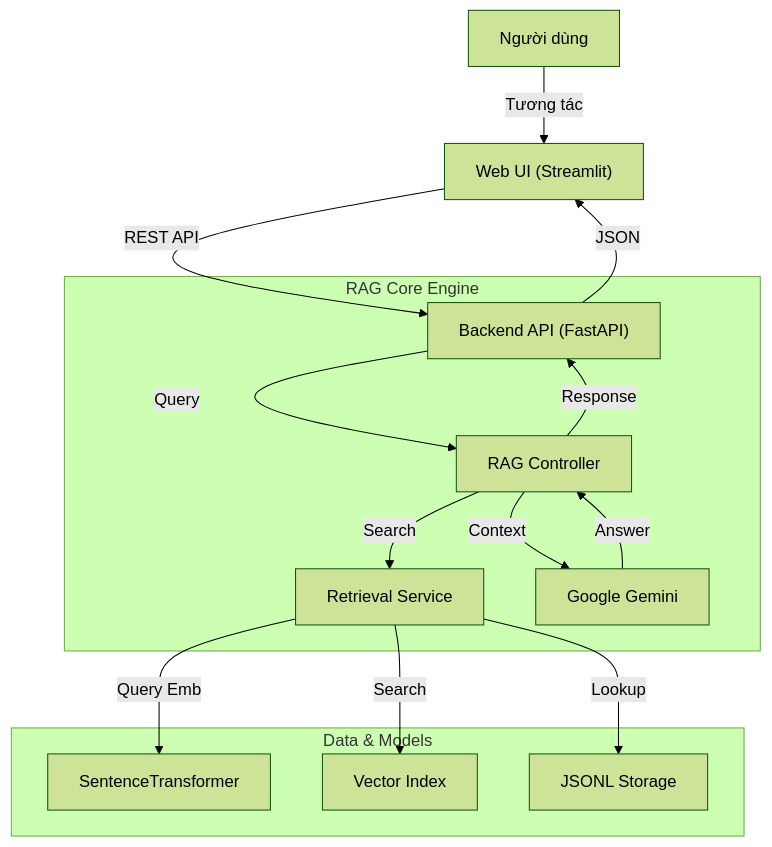
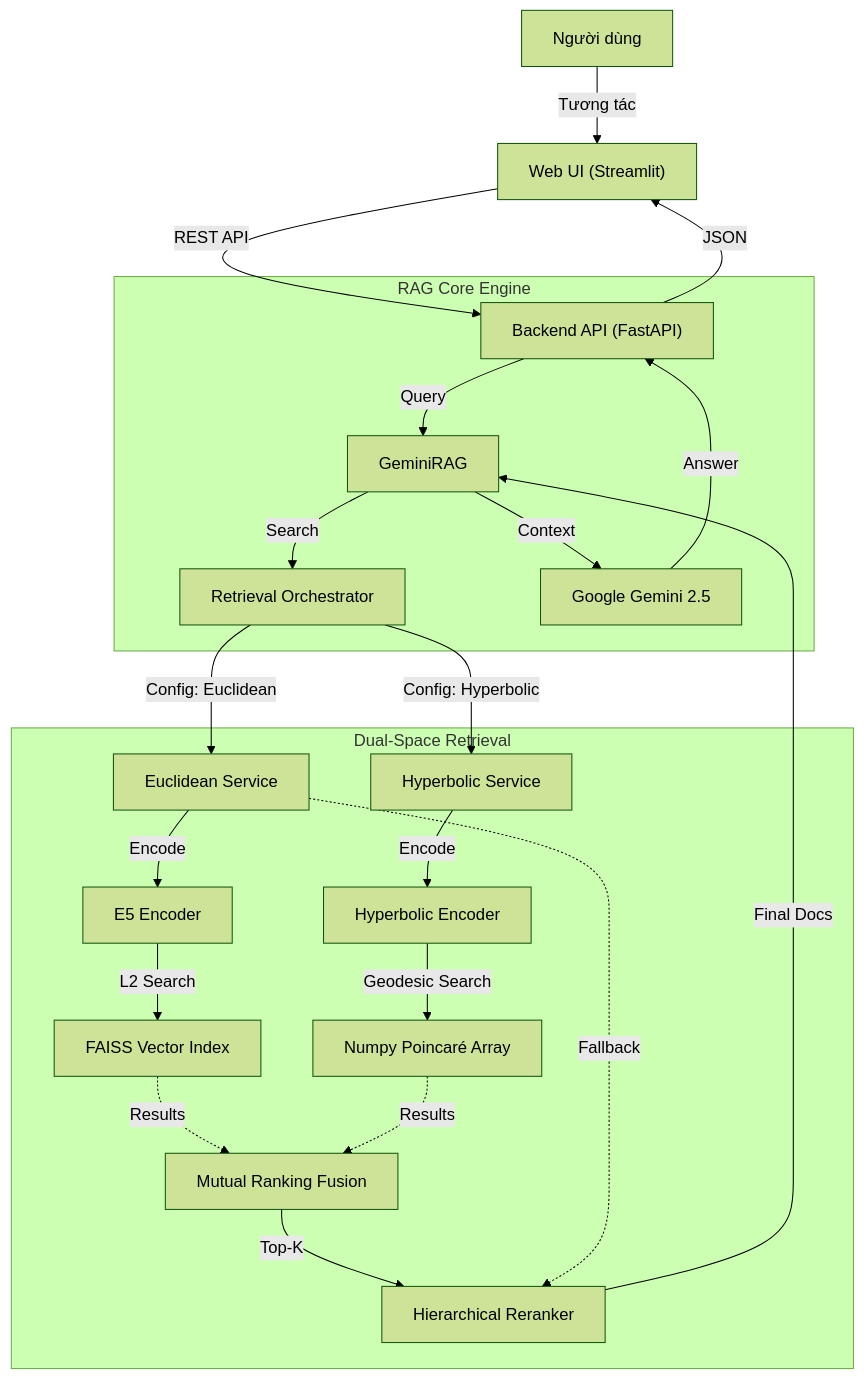
One commit to TranAnh35/LegalAdvisor changed the diagram in docs/Architecture.md. Above: the diagram before and after it, drawn with Mermaid (forest theme). The commit also changed other lines of this file and 38 other files, not shown here.

Commit message:
Build hyperbolicRAG and Refactor.

````diff
--- a/docs/Architecture.md
+++ b/docs/Architecture.md
@@ -9,21 +10,32 @@
 ```mermaid
 graph TD
     User[Người dùng] -->|Tương tác| UI["Web UI (Streamlit)"]
     UI -->|REST API| API["Backend API (FastAPI)"]
     
     subgraph "RAG Core Engine"
-        API -->|Query| RAG[RAG Controller]
-        RAG -->|Search| Ret[Retrieval Service]
-        RAG -->|Context| LLM[Google Gemini]
+        API -->|Query| RAG[GeminiRAG]
+        RAG -->|Search| Orch[Retrieval Orchestrator]
+        RAG -->|Context| LLM[Google Gemini 2.5]
     end
     
-    subgraph "Data & Models"
-        Ret -->|Query Emb| Encoder[SentenceTransformer]
-        Ret -->|Search| FAISS[Vector Index]
-        Ret -->|Lookup| DB[JSONL Storage]
+    subgraph "Dual-Space Retrieval"
+        Orch -->|Config: Euclidean| EucSer[Euclidean Service]
+        Orch -->|Config: Hyperbolic| HypSer[Hyperbolic Service]
+        
+        EucSer -->|Encode| E5[E5 Encoder]
+        E5 -->|L2 Search| FAISS[FAISS Vector Index]
+        
+        HypSer -->|Encode| Poincare[Hyperbolic Encoder]
+        Poincare -->|Geodesic Search| Numpy[Numpy Poincaré Array]
+        
+        FAISS -.->|Results| Fusion[Mutual Ranking Fusion]
+        Numpy -.->|Results| Fusion
+        
+        Fusion -->|Top-K| Reranker[Hierarchical Reranker]
+        EucSer -.->|Fallback| Reranker
     end
     
-    LLM -->|Answer| RAG
-    RAG -->|Response| API
+    Reranker -->|Final Docs| RAG
+    LLM -->|Answer| API
     API -->|JSON| UI
 ```
````
